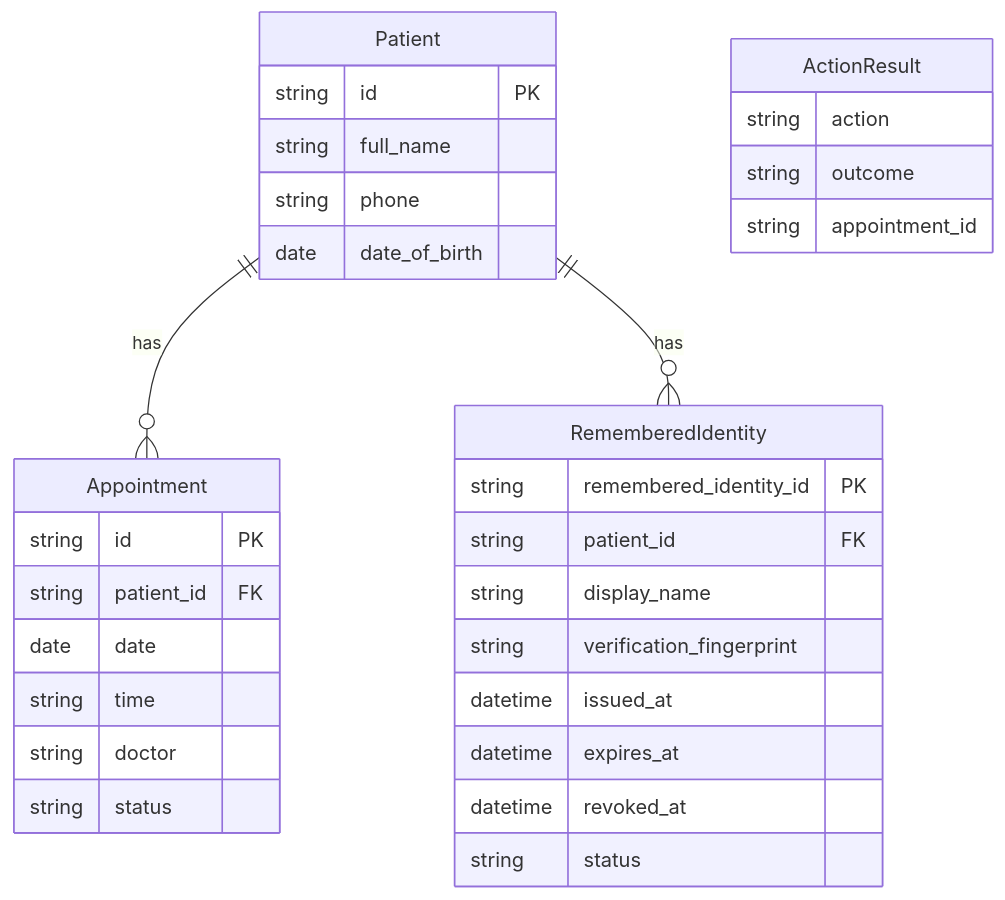
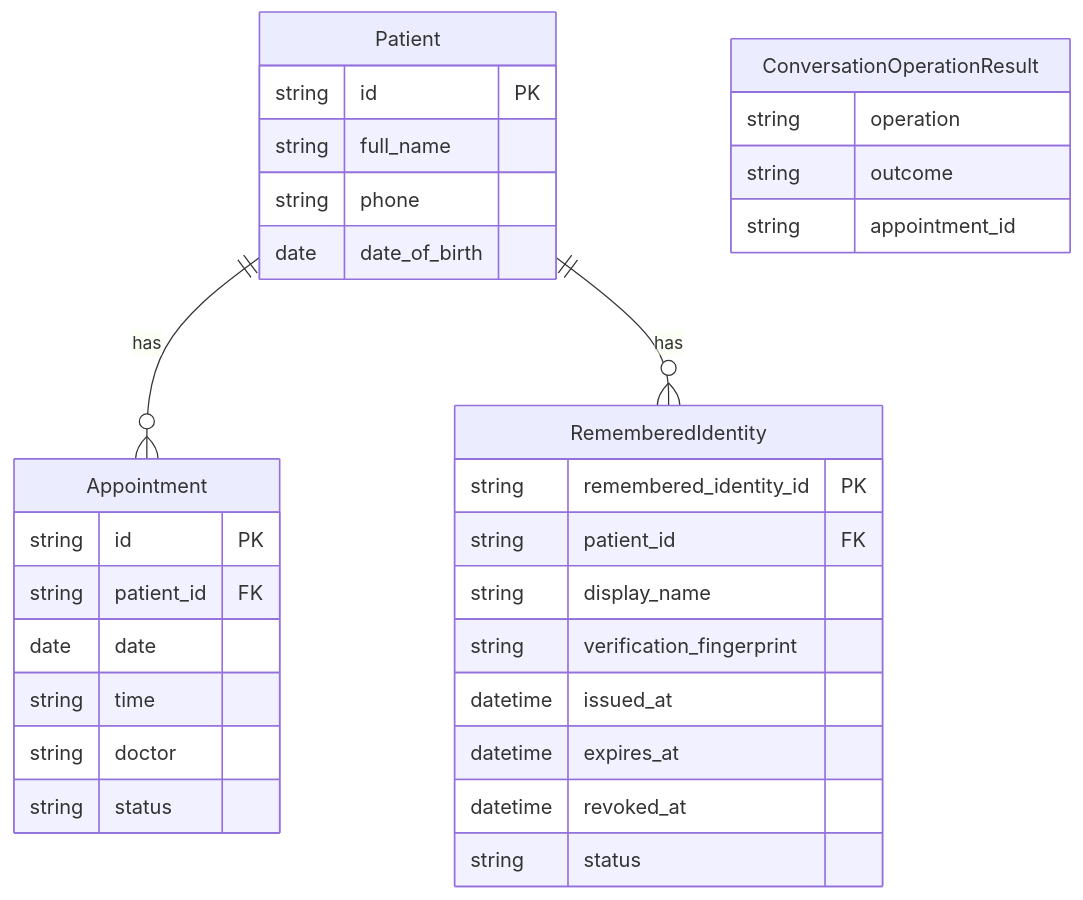
One commit to ktakanopy/appointment-bot changed the first of 3 diagrams in docs/data-model.md. Above: the diagram before and after it, drawn with Mermaid. The commit also changed other lines of this file and 85 other files, not shown here.

````diff
--- a/docs/data-model.md
+++ b/docs/data-model.md
@@ -5,34 +5,34 @@
 ```mermaid
 erDiagram
     Patient ||--o{ Appointment : has
     Patient ||--o{ RememberedIdentity : has
     Patient {
         string id PK
         string full_name
         string phone
         date date_of_birth
     }
     Appointment {
         string id PK
         string patient_id FK
         date date
         string time
         string doctor
         string status
     }
     RememberedIdentity {
         string remembered_identity_id PK
         string patient_id FK
         string display_name
         string verification_fingerprint
         datetime issued_at
         datetime expires_at
         datetime revoked_at
         string status
     }
-    ActionResult {
-        string action
+    ConversationOperationResult {
+        string operation
         string outcome
         string appointment_id
     }
 ```
````
